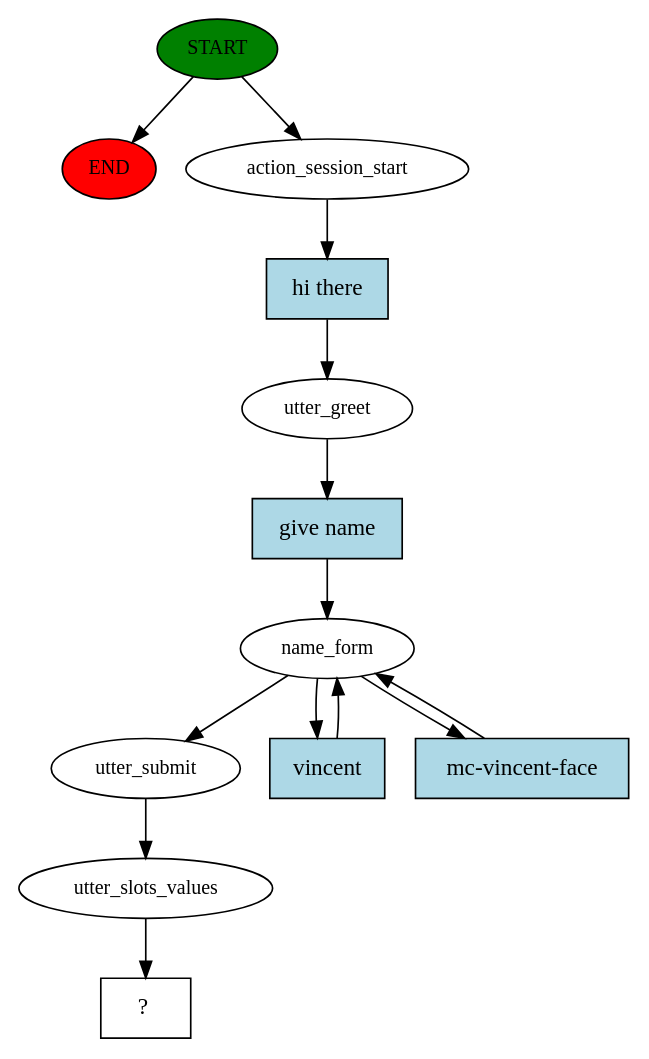
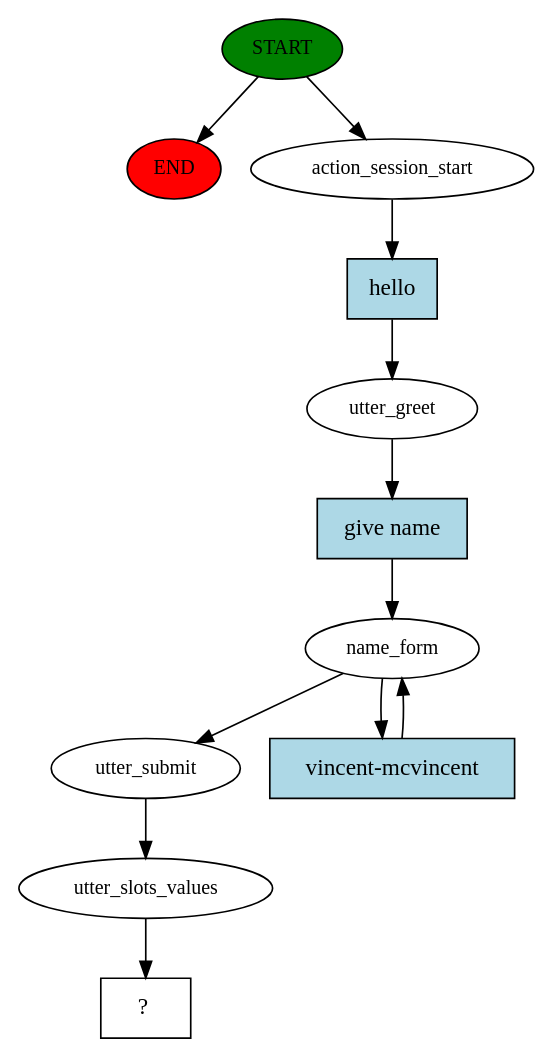
Before and after one commit to RasaHQ/rasa-2.x-form-examples: the diagram in 03-simple-form/story_graph.dot, drawn with Graphviz. The commit also changed 3 other files, not shown here.

```diff
--- a/03-simple-form/story_graph.dot
+++ b/03-simple-form/story_graph.dot
@@ -1,27 +1,24 @@
 digraph  {
 0 [class="start active", fillcolor=green, fontsize=12, label=START, style=filled];
 "-1" [class=end, fillcolor=red, fontsize=12, label=END, style=filled];
 1 [class=active, fontsize=12, label=action_session_start];
 2 [class=active, fontsize=12, label=utter_greet];
 3 [class=active, fontsize=12, label=name_form];
 6 [class=active, fontsize=12, label=utter_submit];
 7 [class=active, fontsize=12, label=utter_slots_values];
 8 [class="intent dashed active", label="  ?  ", shape=rect];
-9 [class="intent active", fillcolor=lightblue, label="hi there", shape=rect, style=filled];
+9 [class="intent active", fillcolor=lightblue, label=hello, shape=rect, style=filled];
 10 [class="intent active", fillcolor=lightblue, label="give name", shape=rect, style=filled];
-11 [class="intent active", fillcolor=lightblue, label=vincent, shape=rect, style=filled];
-12 [class="intent active", fillcolor=lightblue, label="mc-vincent-face", shape=rect, style=filled];
+11 [class="intent active", fillcolor=lightblue, label="vincent-mcvincent", shape=rect, style=filled];
 0 -> "-1"  [class="", key=NONE, label=""];
 0 -> 1  [class=active, key=NONE, label=""];
 1 -> 9  [class=active, key=0];
 2 -> 10  [class=active, key=0];
 3 -> 6  [class=active, key=NONE, label=""];
 3 -> 11  [class=active, key=0];
-3 -> 12  [class=active, key=0];
 6 -> 7  [class=active, key=NONE, label=""];
 7 -> 8  [class=active, key=NONE, label=""];
 9 -> 2  [class=active, key=0];
 10 -> 3  [class=active, key=0];
 11 -> 3  [class=active, key=0];
-12 -> 3  [class=active, key=0];
 }
```
